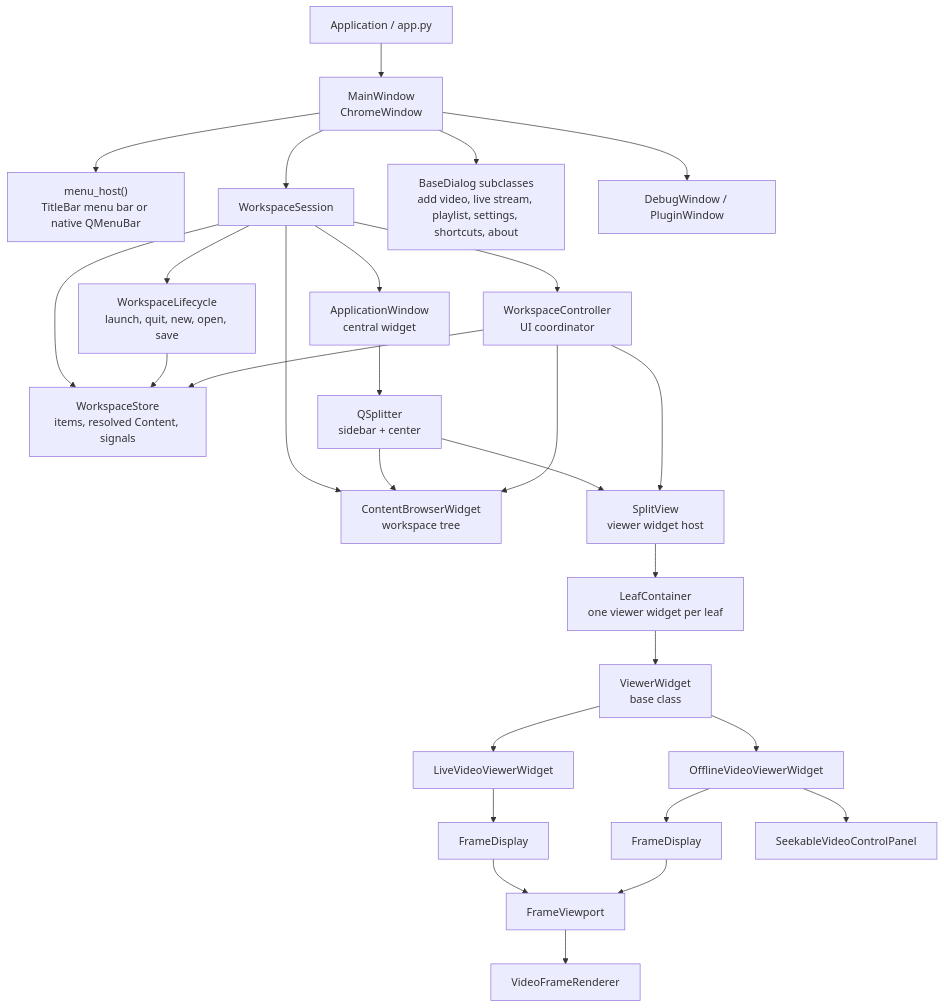
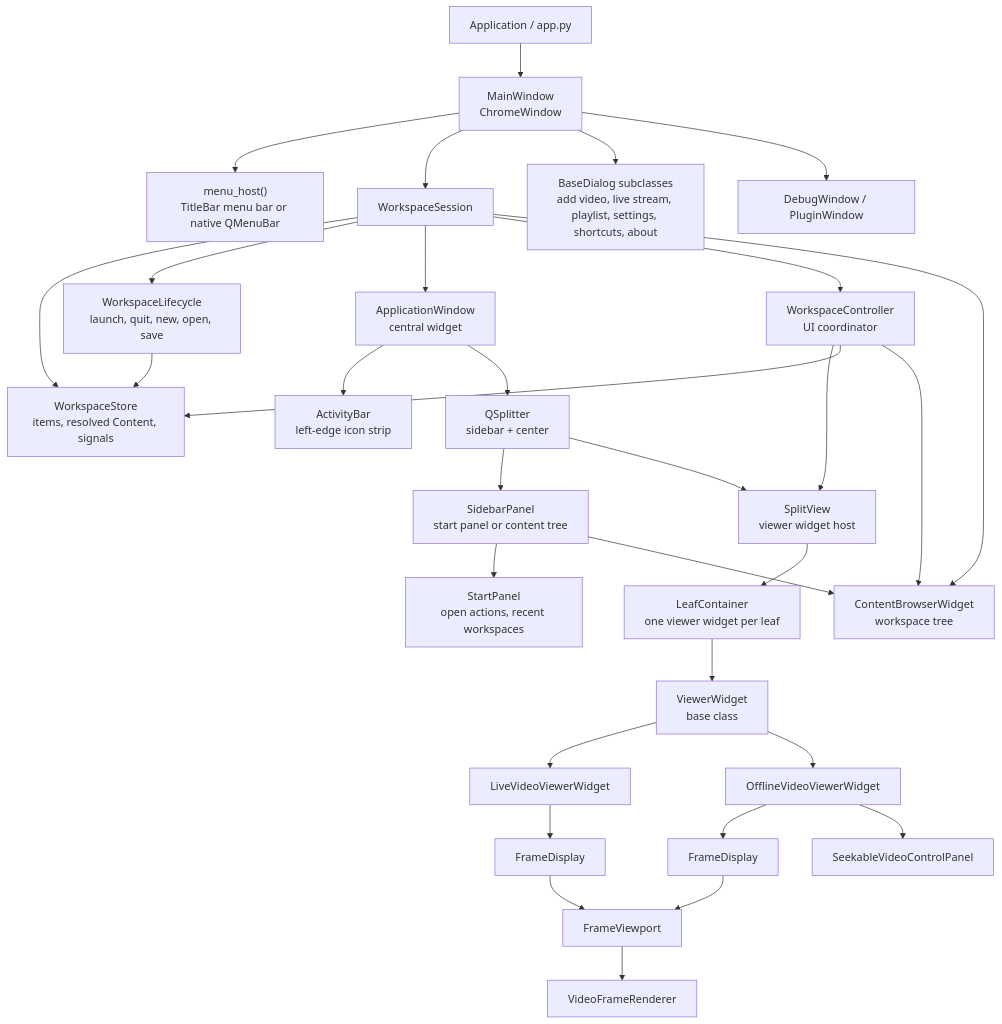
The first of 3 diagrams in docs/architecture/ui-framework.md (RasmusRynell/ax-devil), drawn with Mermaid before and after one commit. The commit also changed other lines of this file and 14 other files, not shown here.

First line of the commit message:
feat(workspace): prototype activity bar and start panel sidebar

````diff
--- a/docs/architecture/ui-framework.md
+++ b/docs/architecture/ui-framework.md
@@ -7,35 +7,38 @@
 ```mermaid
 flowchart TD
     App["Application / app.py"] --> MainWindow["MainWindow<br/>ChromeWindow"]
     MainWindow --> MenuHost["menu_host()<br/>TitleBar menu bar or native QMenuBar"]
     MainWindow --> WorkspaceSession["WorkspaceSession"]
     MainWindow --> Dialogs["BaseDialog subclasses<br/>add video, live stream, playlist, settings, shortcuts, about"]
     MainWindow --> DebugWindows["DebugWindow / PluginWindow"]
 
     WorkspaceSession --> WorkspaceStore["WorkspaceStore<br/>items, resolved Content, signals"]
     WorkspaceSession --> WorkspaceLifecycle["WorkspaceLifecycle<br/>launch, quit, new, open, save"]
     WorkspaceLifecycle --> WorkspaceStore
     WorkspaceSession --> ApplicationWindow["ApplicationWindow<br/>central widget"]
     WorkspaceSession --> WorkspaceController["WorkspaceController<br/>UI coordinator"]
     WorkspaceSession --> ContentBrowser["ContentBrowserWidget<br/>workspace tree"]
 
+    ApplicationWindow --> ActivityBar["ActivityBar<br/>left-edge icon strip"]
     ApplicationWindow --> HorizontalSplitter["QSplitter<br/>sidebar + center"]
-    HorizontalSplitter --> ContentBrowser
+    HorizontalSplitter --> SidebarPanel["SidebarPanel<br/>start panel or content tree"]
+    SidebarPanel --> StartPanel["StartPanel<br/>open actions, recent workspaces"]
+    SidebarPanel --> ContentBrowser
     HorizontalSplitter --> SplitView["SplitView<br/>viewer widget host"]
 
     WorkspaceController --> SplitView
     WorkspaceController --> WorkspaceStore
     WorkspaceController --> ContentBrowser
 
     SplitView --> LeafContainer["LeafContainer<br/>one viewer widget per leaf"]
     LeafContainer --> ViewerWidget["ViewerWidget<br/>base class"]
     ViewerWidget --> LiveViewer["LiveVideoViewerWidget"]
     ViewerWidget --> OfflineViewer["OfflineVideoViewerWidget"]
 
     LiveViewer --> LiveDisplay["FrameDisplay"]
     OfflineViewer --> OfflineDisplay["FrameDisplay"]
     OfflineViewer --> SeekControls["SeekableVideoControlPanel"]
     LiveDisplay --> FrameViewport
     OfflineDisplay --> FrameViewport
     FrameViewport --> Renderer["VideoFrameRenderer"]
 ```
````
